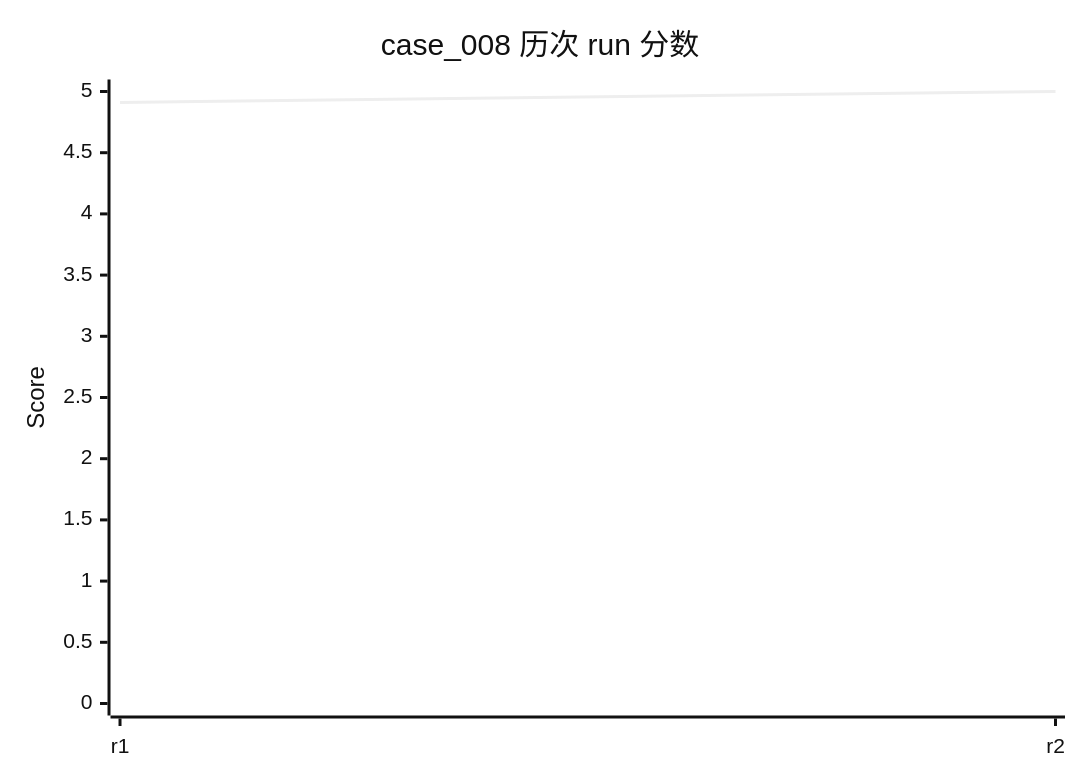
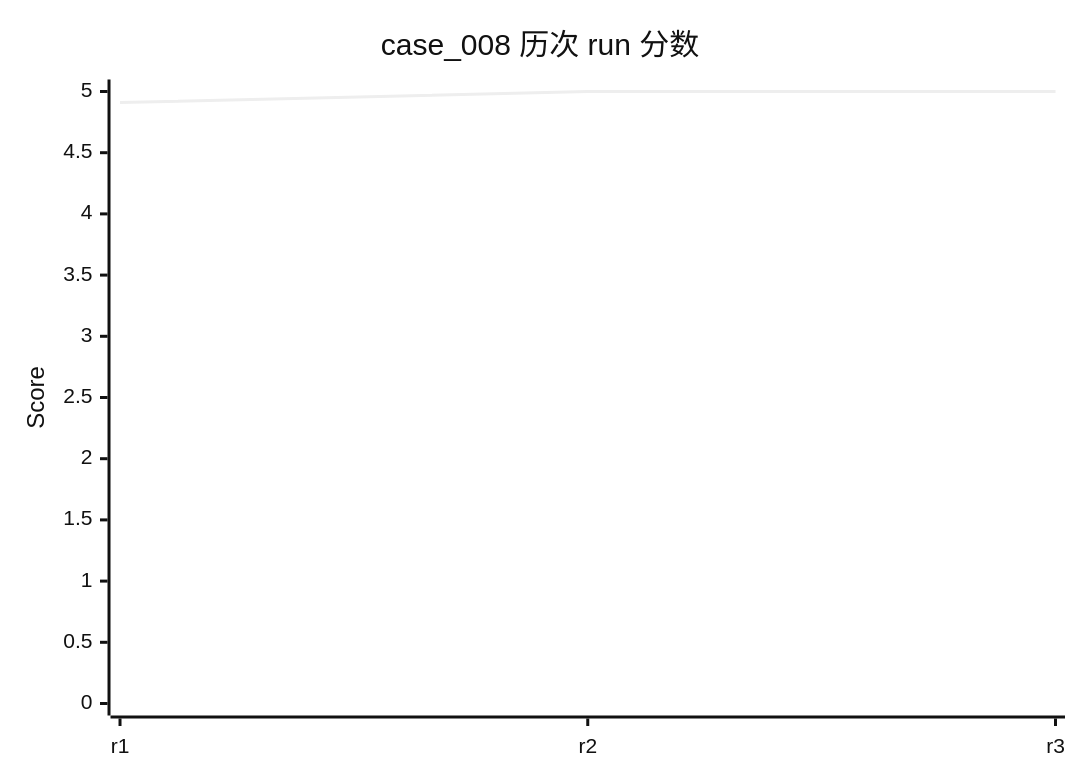
One commit to rushengzhou/sid-code changed diagram 14 of 58 in evals/DASHBOARD.md. Above: the diagram before and after it, drawn with Mermaid (neutral theme). The commit also changed other lines of this file and 57 other files, not shown here.

````diff
--- a/evals/DASHBOARD.md
+++ b/evals/DASHBOARD.md
@@ -336,7 +338,7 @@
 ```mermaid
 xychart-beta
     title "case_008 历次 run 分数"
-    x-axis [r1, r2]
+    x-axis [r1, r2, r3]
     y-axis "Score" 0 --> 5
-    line [4.91, 5.00]
+    line [4.91, 5.00, 5.00]
 ```
````
